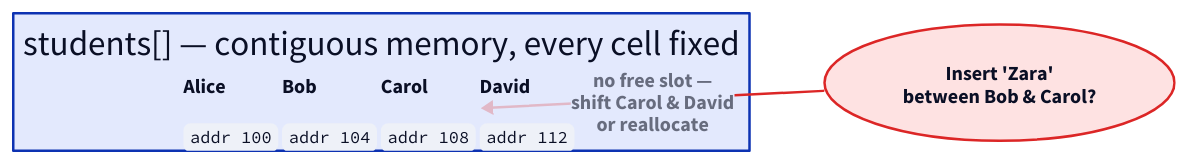
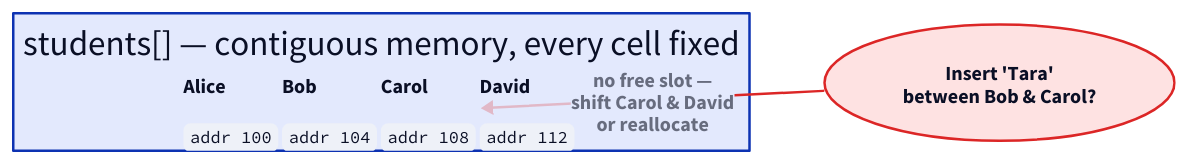
One commit to ani2fun/codefolio changed the first of 6 diagrams in content/cortex/data-structures-and-algorithms/02-linear-structures/03-singly-linked-list/01-introduction-to-singly-linked-lists.md. Above: the diagram before and after it, drawn with D2. The commit also changed other lines of this file, not shown here.

Commit message:
dsa: rename Zara → Tara in ch01 introduction (18 occurrences)

````diff
--- a/content/cortex/data-structures-and-algorithms/02-linear-structures/03-singly-linked-list/01-introduction-to-singly-linked-lists.md
+++ b/content/cortex/data-structures-and-algorithms/02-linear-structures/03-singly-linked-list/01-introduction-to-singly-linked-lists.md
@@ -148,42 +148,42 @@
 ```d2
 direction: down
 
 mem: "students[]  —  contiguous memory, every cell fixed" {
   grid-columns: 4
   grid-gap: 0
   c0: |md
     **Alice**
 
     `addr 100`
   |
   c1: |md
     **Bob**
 
     `addr 104`
   |
   c2: |md
     **Carol**
 
     `addr 108`
   |
   c3: |md
     **David**
 
     `addr 112`
   |
 }
 
-ins: "Insert 'Zara'\nbetween Bob & Carol?" {
+ins: "Insert 'Tara'\nbetween Bob & Carol?" {
   shape: oval
   style.fill: "#fee2e2"
   style.stroke: "#dc2626"
   style.stroke-width: 2
   style.bold: true
 }
 
 ins -> mem.c2: "no free slot —\nshift Carol & David\nor reallocate" {
   style.stroke: "#dc2626"
   style.stroke-width: 2
   style.bold: true
 }
 ```
````
